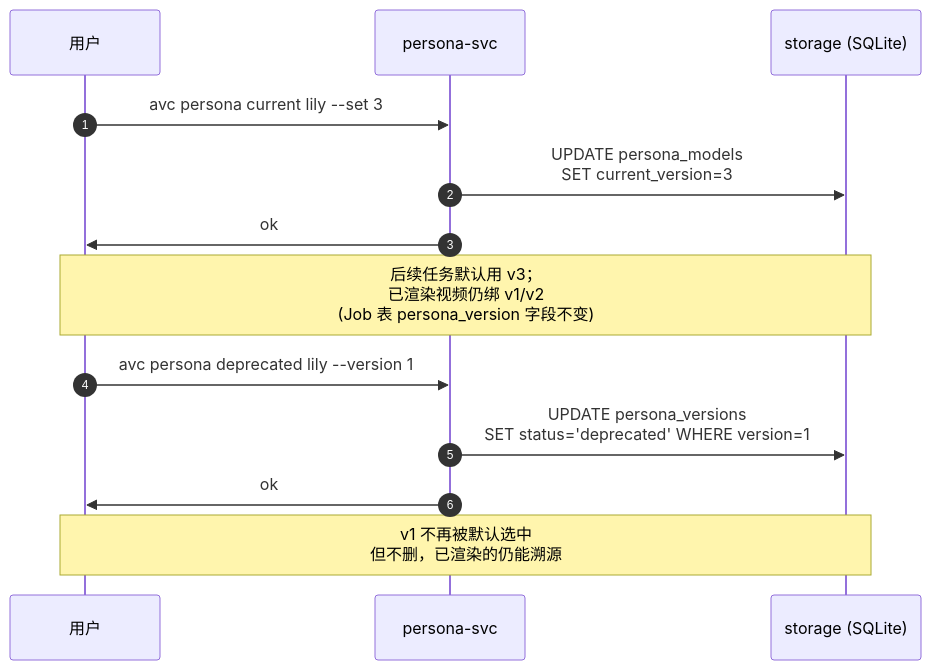
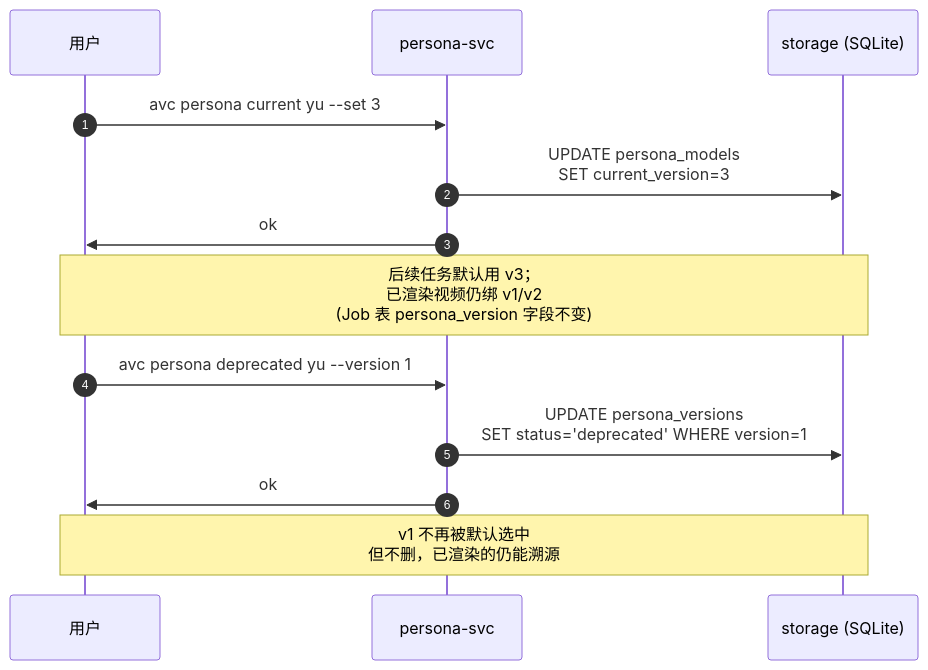
Before and after one commit to growdu/avcore: diagram 15 of 20 in docs/architecture.md, drawn with Mermaid. The commit also changed other lines of this file and 9 other files, not shown here.

````diff
--- a/docs/architecture.md
+++ b/docs/architecture.md
@@ -432,17 +432,17 @@
 ```mermaid
 sequenceDiagram
     autonumber
     participant U as 用户
     participant PS as persona-svc
     participant ST as storage (SQLite)
 
-    U->>PS: avc persona current lily --set 3
+    U->>PS: avc persona current yu --set 3
     PS->>ST: UPDATE persona_models<br/>SET current_version=3
     PS->>U: ok
     Note over U,ST: 后续任务默认用 v3；<br/>已渲染视频仍绑 v1/v2<br/>(Job 表 persona_version 字段不变)
 
-    U->>PS: avc persona deprecated lily --version 1
+    U->>PS: avc persona deprecated yu --version 1
     PS->>ST: UPDATE persona_versions<br/>SET status='deprecated' WHERE version=1
     PS->>U: ok
     Note over U,ST: v1 不再被默认选中<br/>但不删，已渲染的仍能溯源
 ```
````
